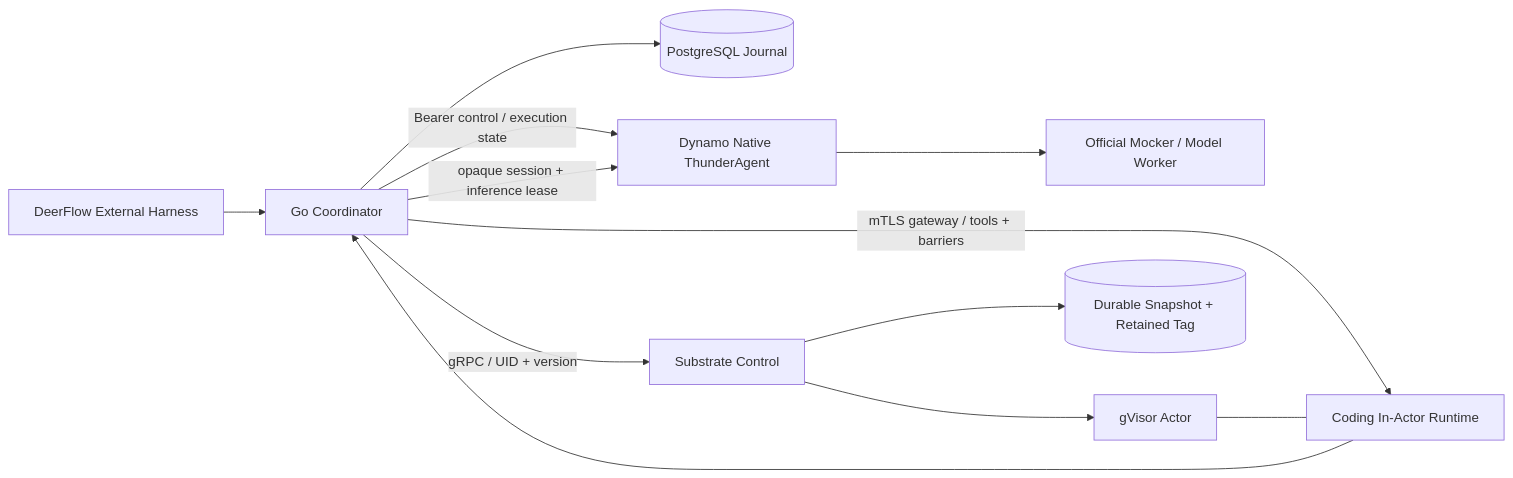
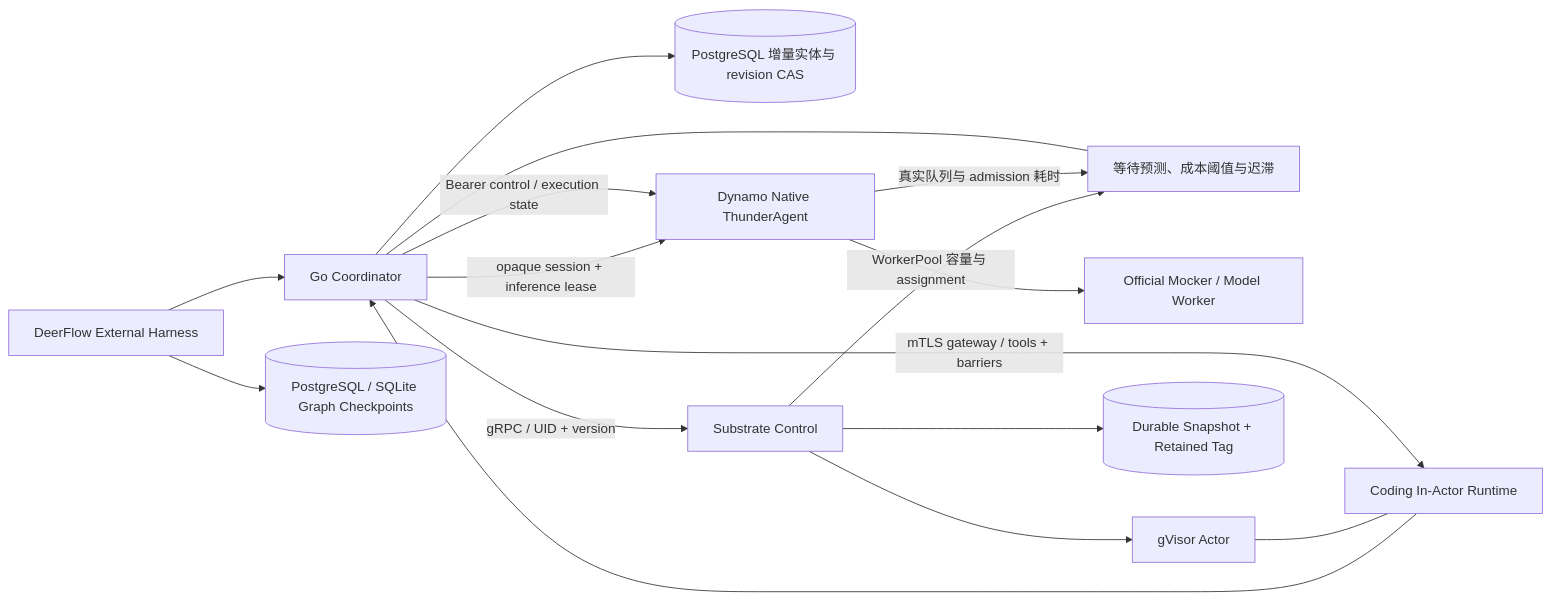
Before and after one commit to lilong555/agentcloud: the diagram in docs/ARCHITECTURE.md, drawn with Mermaid. The commit also changed other lines of this file and 23 other files, not shown here.

````diff
--- a/docs/ARCHITECTURE.md
+++ b/docs/ARCHITECTURE.md
@@ -5,14 +5,18 @@
 ```mermaid
 flowchart LR
     H[DeerFlow External Harness] --> C[Go Coordinator]
     R[Coding In-Actor Runtime] --> C
-    C --> J[(PostgreSQL Journal)]
+    C --> J[(PostgreSQL 增量实体与 revision CAS)]
+    C --- P[等待预测、成本阈值与迟滞]
     C -->|Bearer control / execution state| D[Dynamo Native ThunderAgent]
     C -->|opaque session + inference lease| D
     D --> M[Official Mocker / Model Worker]
+    D -->|真实队列与 admission 耗时| P
     C -->|gRPC / UID + version| S[Substrate Control]
     C -->|mTLS gateway / tools + barriers| R
     S --> A[gVisor Actor]
+    S -->|WorkerPool 容量与 assignment| P
     A --- R
     S --> T[(Durable Snapshot + Retained Tag)]
+    H --> G[(PostgreSQL / SQLite Graph Checkpoints)]
 ```
````
